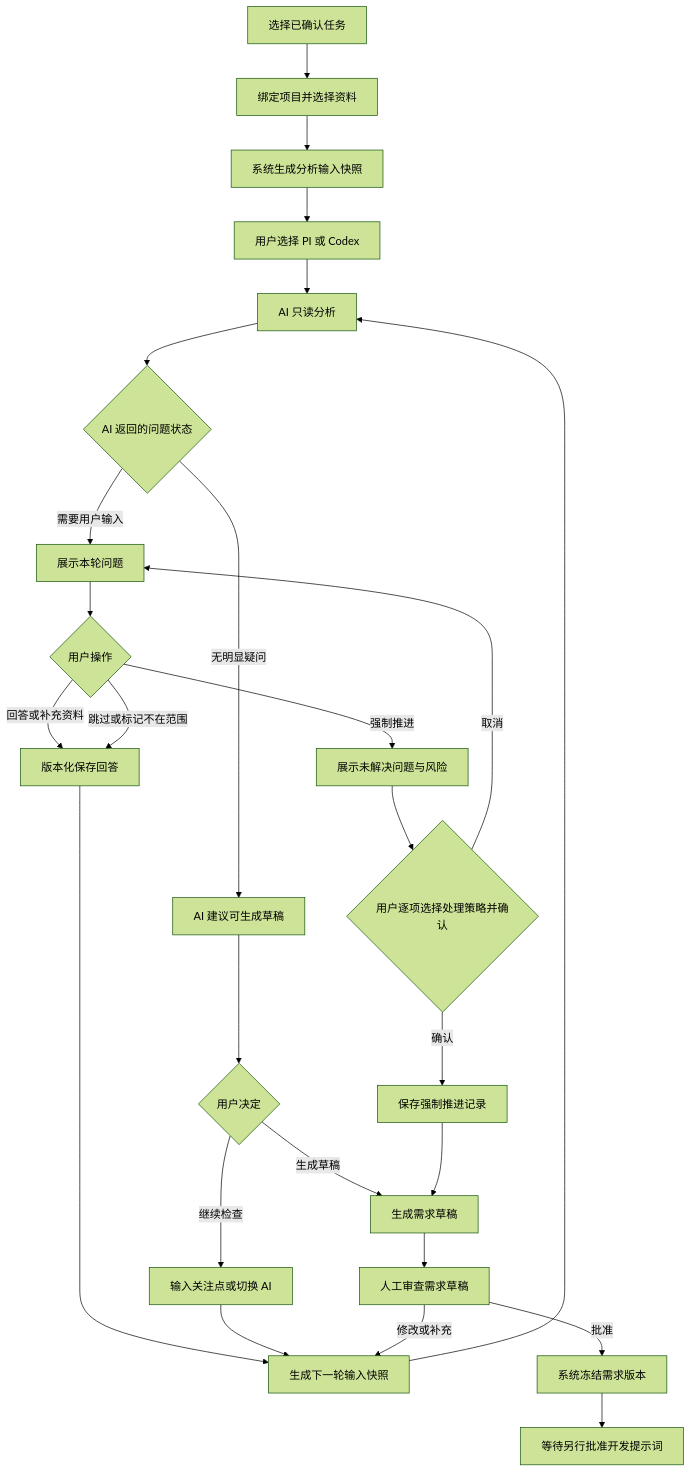
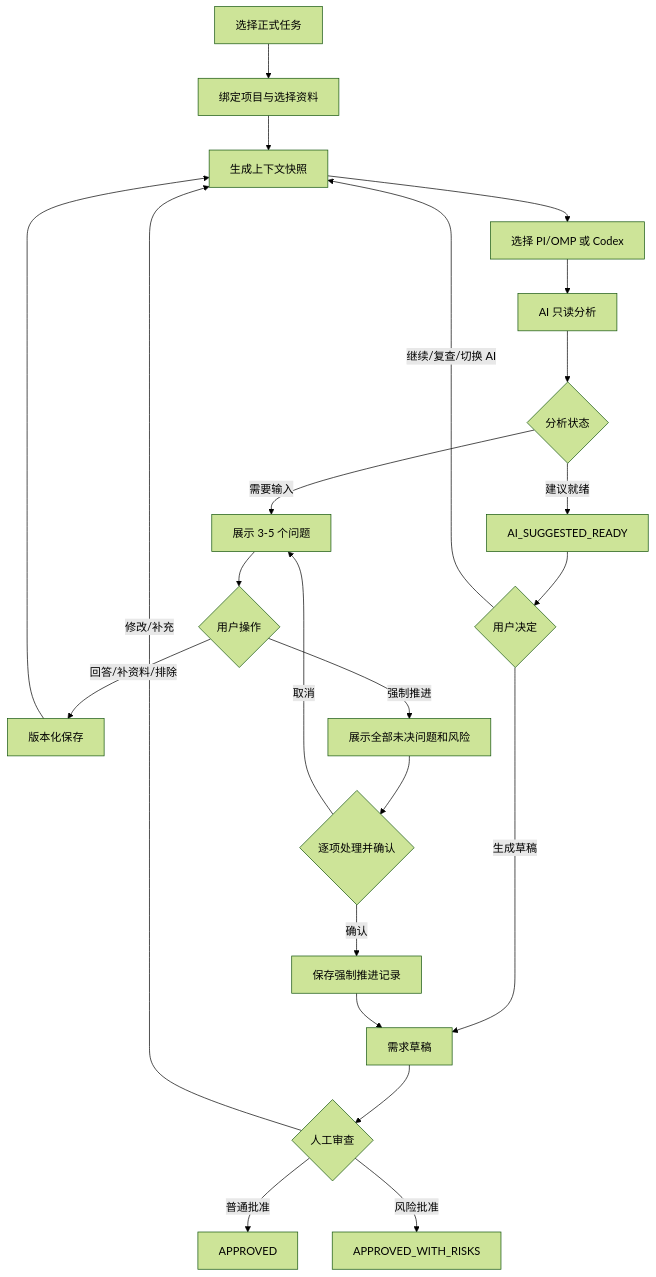
The diagram in docs/REQUIREMENT_INTERVIEW_FLOW.md (blue7zz/BTaskAssistant), drawn with Mermaid (forest theme) before and after one commit. The commit also changed other lines of this file and 9 other files, not shown here.

````diff
--- a/docs/REQUIREMENT_INTERVIEW_FLOW.md
+++ b/docs/REQUIREMENT_INTERVIEW_FLOW.md
@@ -106,32 +92,25 @@
 ```mermaid
 flowchart TD
-    A[选择已确认任务] --> B[绑定项目并选择资料]
-    B --> C[系统生成分析输入快照]
-    C --> D[用户选择 PI 或 Codex]
+    A[选择正式任务] --> B[绑定项目与选择资料]
+    B --> C[生成上下文快照]
+    C --> D[选择 PI/OMP 或 Codex]
     D --> E[AI 只读分析]
-    E --> F{AI 返回的问题状态}
-
-    F -- 需要用户输入 --> G[展示本轮问题]
+    E --> F{分析状态}
+    F -->|需要输入| G[展示 3-5 个问题]
     G --> H{用户操作}
-    H -- 回答或补充资料 --> I[版本化保存回答]
-    H -- 跳过或标记不在范围 --> I
-    I --> J[生成下一轮输入快照]
-    J --> E
-
-    H -- 强制推进 --> K[展示未解决问题与风险]
-    K --> L{用户逐项选择处理策略并确认}
-    L -- 取消 --> G
-    L -- 确认 --> M[保存强制推进记录]
-
-    F -- 无明显疑问 --> N[AI 建议可生成草稿]
-    N --> O{用户决定}
-    O -- 继续检查 --> P[输入关注点或切换 AI]
-    P --> J
-    O -- 生成草稿 --> Q[生成需求草稿]
-    M --> Q
-
-    Q --> R[人工审查需求草稿]
-    R -- 修改或补充 --> J
-    R -- 批准 --> S[系统冻结需求版本]
-    S --> T[等待另行批准开发提示词]
+    H -->|回答/补资料/排除| I[版本化保存]
+    I --> C
+    H -->|强制推进| J[展示全部未决问题和风险]
+    J --> K{逐项处理并确认}
+    K -->|取消| G
+    K -->|确认| L[保存强制推进记录]
+    F -->|建议就绪| M[AI_SUGGESTED_READY]
+    M --> N{用户决定}
+    N -->|继续/复查/切换 AI| C
+    N -->|生成草稿| O[需求草稿]
+    L --> O
+    O --> P{人工审查}
+    P -->|修改/补充| C
+    P -->|普通批准| Q[APPROVED]
+    P -->|风险批准| R[APPROVED_WITH_RISKS]
 ```
````
